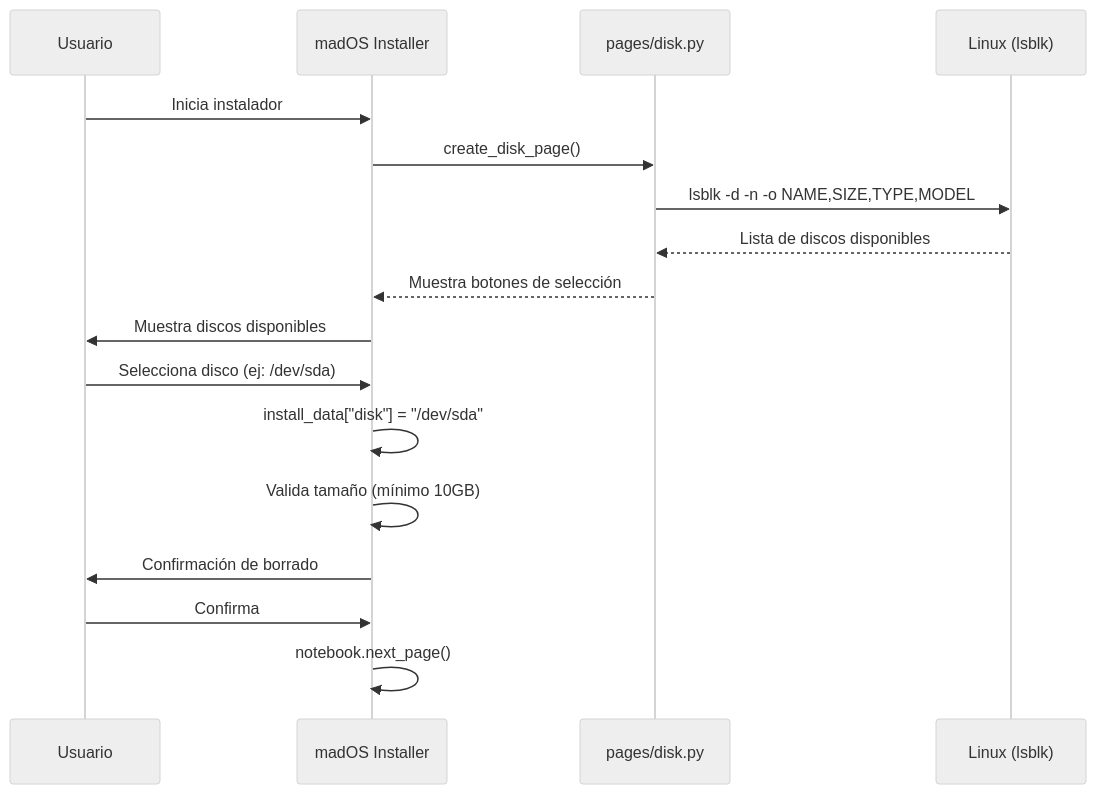
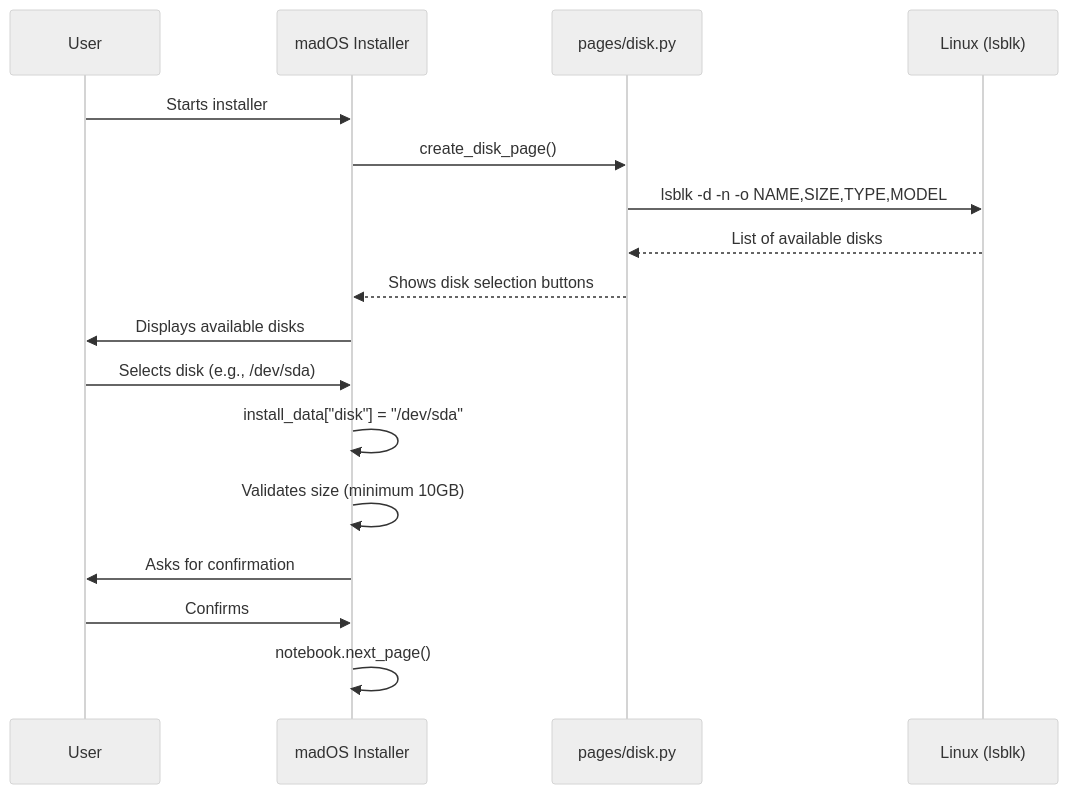
One commit to madoslinux/mados-installer changed the first of 12 diagrams in INSTALLATION_FLOW.md. Above: the diagram before and after it, drawn with Mermaid (neutral theme). The commit also changed other lines of this file and 1 other file, not shown here.

First line of the commit message:
fix: add disk variable to config script for BIOS mode

````diff
--- a/INSTALLATION_FLOW.md
+++ b/INSTALLATION_FLOW.md
@@ -5,21 +5,21 @@
 ```mermaid
 sequenceDiagram
-    participant U as Usuario
+    participant U as User
     participant App as madOS Installer
     participant Disk as pages/disk.py
     participant System as Linux (lsblk)
 
-    U->>App: Inicia instalador
+    U->>App: Starts installer
     App->>Disk: create_disk_page()
     Disk->>System: lsblk -d -n -o NAME,SIZE,TYPE,MODEL
-    System-->>Disk: Lista de discos disponibles
-    Disk-->>App: Muestra botones de selección
-    App->>U: Muestra discos disponibles
+    System-->>Disk: List of available disks
+    Disk-->>App: Shows disk selection buttons
+    App->>U: Displays available disks
     
-    U->>App: Selecciona disco (ej: /dev/sda)
+    U->>App: Selects disk (e.g., /dev/sda)
     App->>App: install_data["disk"] = "/dev/sda"
-    App->>App: Valida tamaño (mínimo 10GB)
-    App->>U: Confirmación de borrado
-    U->>App: Confirma
+    App->>App: Validates size (minimum 10GB)
+    App->>U: Asks for confirmation
+    U->>App: Confirms
     App->>App: notebook.next_page()
 ```
````
